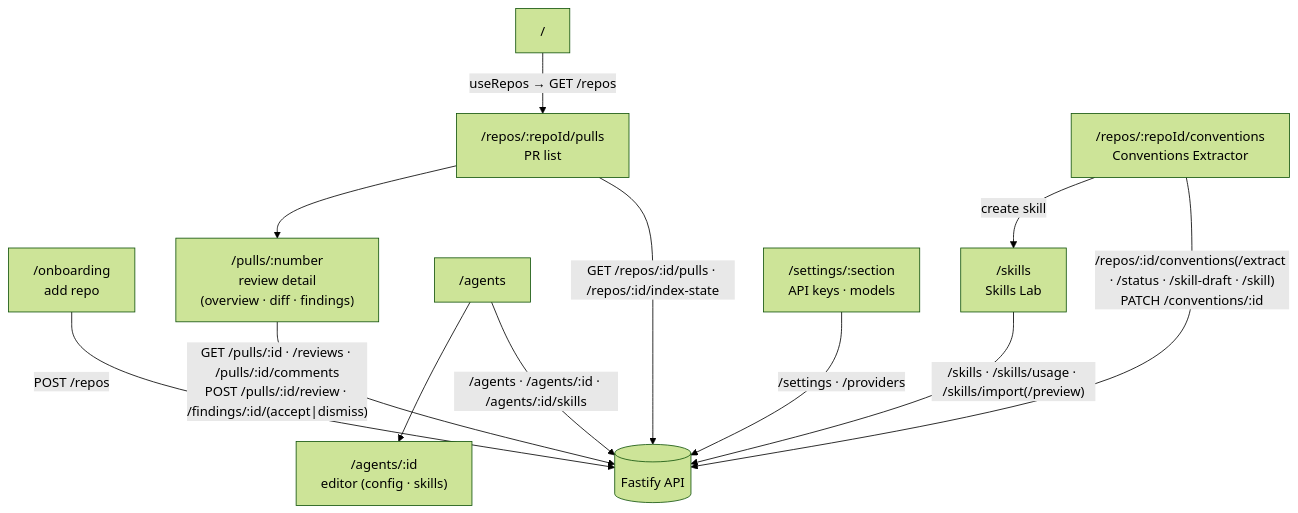
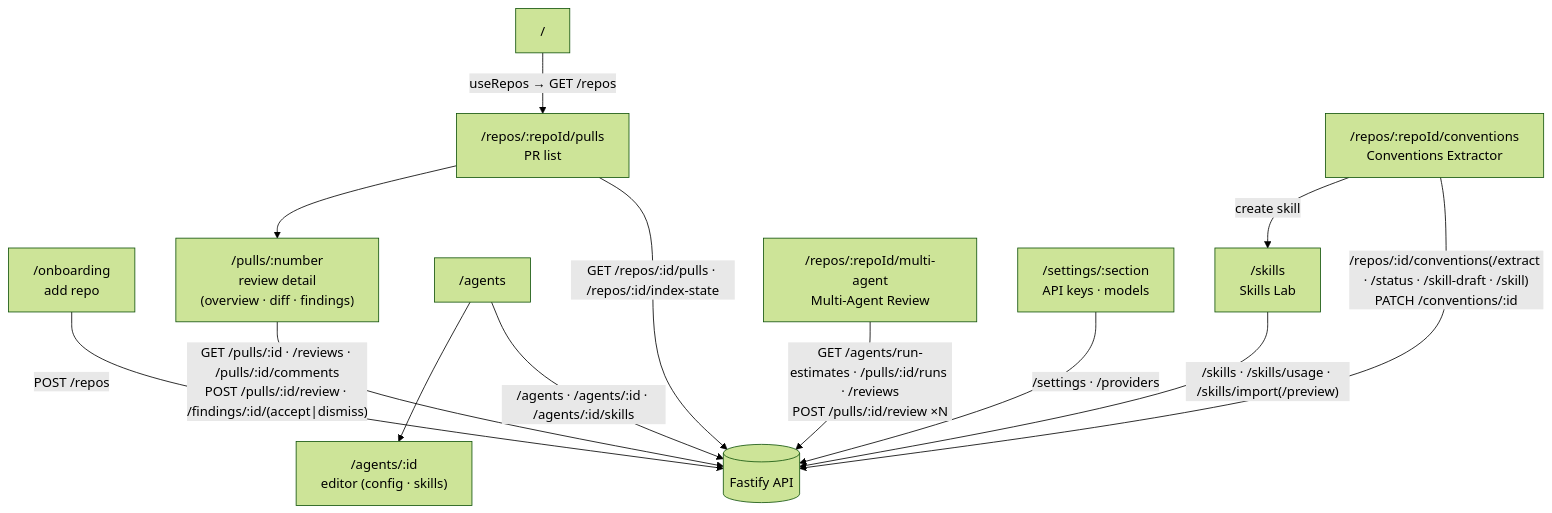
Before and after one commit to ai-agentic-engineering-neo/dev-digest: the diagram in client/README.md, drawn with Mermaid (forest theme). The commit also changed 110 other files, not shown here.

First line of the commit message:
feat(multi-agent): Multi-Agent Review page — run a subset of agents on a PR and compare

````diff
--- a/client/README.md
+++ b/client/README.md
@@ -24,18 +24,20 @@
 ```mermaid
 flowchart TD
   ROOT["/"] -->|"useRepos → GET /repos"| PULLS["/repos/:repoId/pulls<br/>PR list"]
   ONB["/onboarding<br/>add repo"] -->|"POST /repos"| API[("Fastify API")]
   PULLS --> PR["/pulls/:number<br/>review detail<br/>(overview · diff · findings)"]
 
   AGENTS["/agents"] --> AGENT["/agents/:id<br/>editor (config · skills)"]
   SKILLS["/skills<br/>Skills Lab"]
+  MA["/repos/:repoId/multi-agent<br/>Multi-Agent Review"]
   CONV["/repos/:repoId/conventions<br/>Conventions Extractor"] -->|"create skill"| SKILLS
   SETTINGS["/settings/:section<br/>API keys · models"]
 
   PULLS -->|"GET /repos/:id/pulls · /repos/:id/index-state"| API
   PR -->|"GET /pulls/:id · /reviews · /pulls/:id/comments<br/>POST /pulls/:id/review · /findings/:id/(accept|dismiss)"| API
   AGENTS -->|"/agents · /agents/:id · /agents/:id/skills"| API
   SKILLS -->|"/skills · /skills/usage · /skills/import(/preview)"| API
   CONV -->|"/repos/:id/conventions(/extract · /status · /skill-draft · /skill)<br/>PATCH /conventions/:id"| API
+  MA -->|"GET /agents/run-estimates · /pulls/:id/runs · /reviews<br/>POST /pulls/:id/review ×N"| API
   SETTINGS -->|"/settings · /providers"| API
 ```
````
